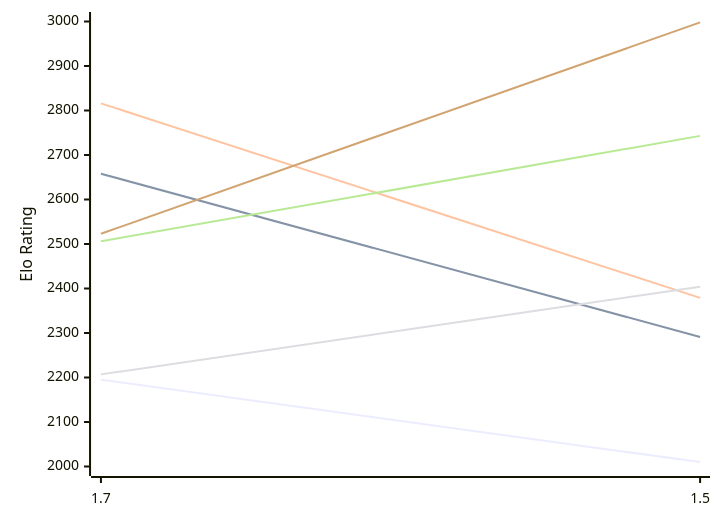
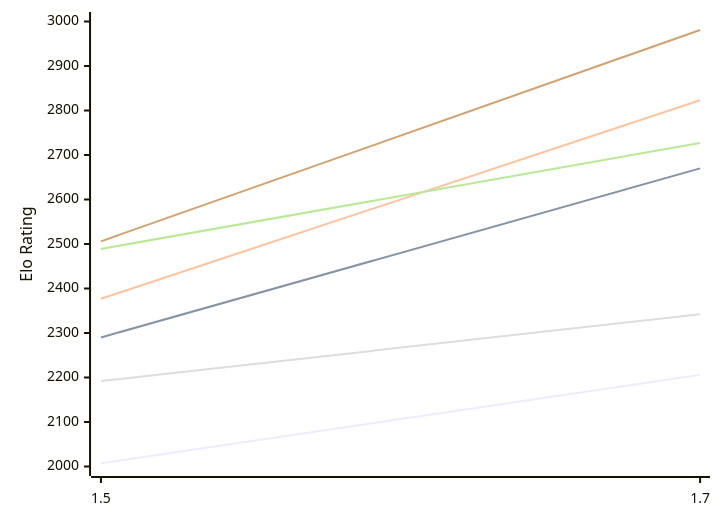
Before and after one commit to computer-chess-index/cci: the first of 2 diagrams in engines/Facon.md, drawn with Mermaid. The commit also changed other lines of this file, not shown here.

Commit message:
Update CCI Ratings (ELO VLTC) - 2026-10-11

````diff
--- a/engines/Facon.md
+++ b/engines/Facon.md
@@ -52,12 +52,12 @@
 ```mermaid
 %%{init: {"theme":"base","themeVariables":{"seriesColors:['#a3a3a3','#222221','#faa371']}}}%%
 xychart-beta
-  x-axis ["1.7", "1.5"]
+  x-axis ["1.5", "1.7"]
   y-axis "Elo Rating" 2000 --> 3000
-  line "E1: STC (8.0+0.08s)" [2195, 2010]
-  line "E1: LTC (60.0+0.60s)" [2658, 2291]
-  line "E1: VLTC (2m24s+1.12s)" [2816, 2379]
-  line "P1: STC (8.0+0.08s)" [2207, 2404]
-  line "P1: LTC (60.0+0.60s)" [2506, 2743]
-  line "P1: VLTC (2m24s+1.12s)" [2523, 2998]
+  line "E1: STC (8.0+0.08s)" [2007, 2206]
+  line "E1: LTC (60.0+0.60s)" [2290, 2670]
+  line "E1: VLTC (2m24s+1.12s)" [2377, 2823]
+  line "P1: STC (8.0+0.08s)" [2192, 2342]
+  line "P1: LTC (60.0+0.60s)" [2489, 2727]
+  line "P1: VLTC (2m24s+1.12s)" [2506, 2981]
 ```
````
